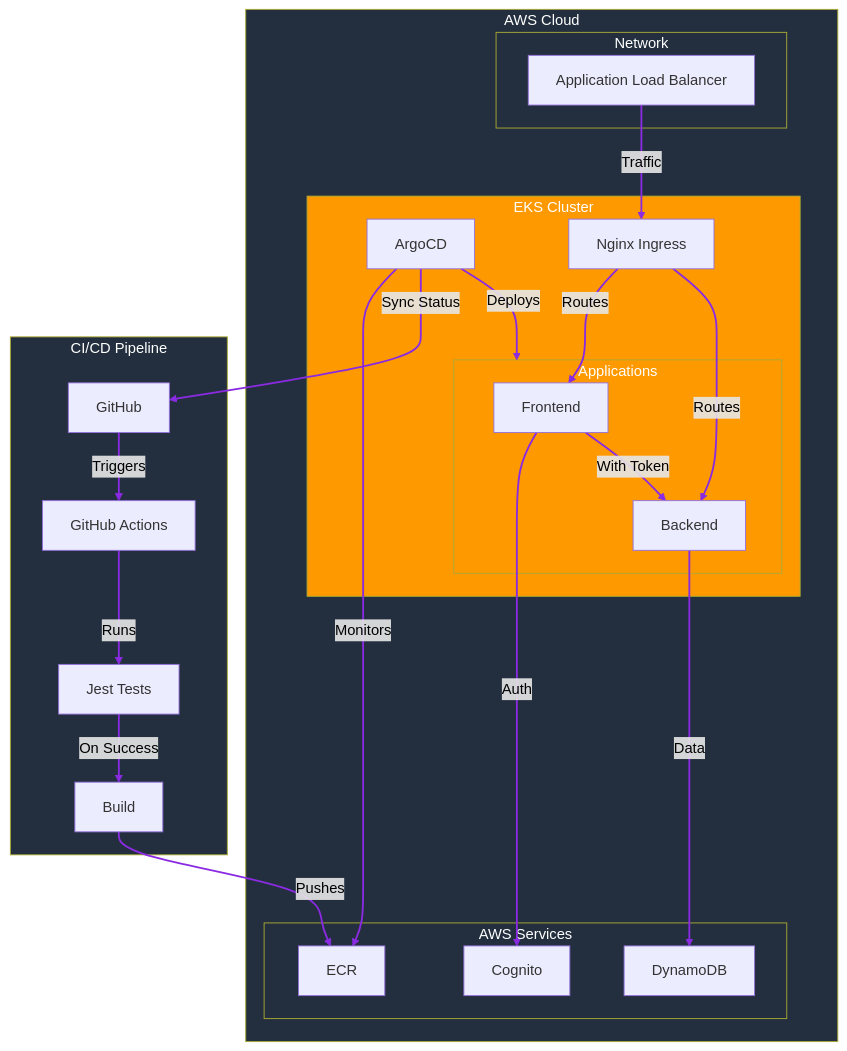
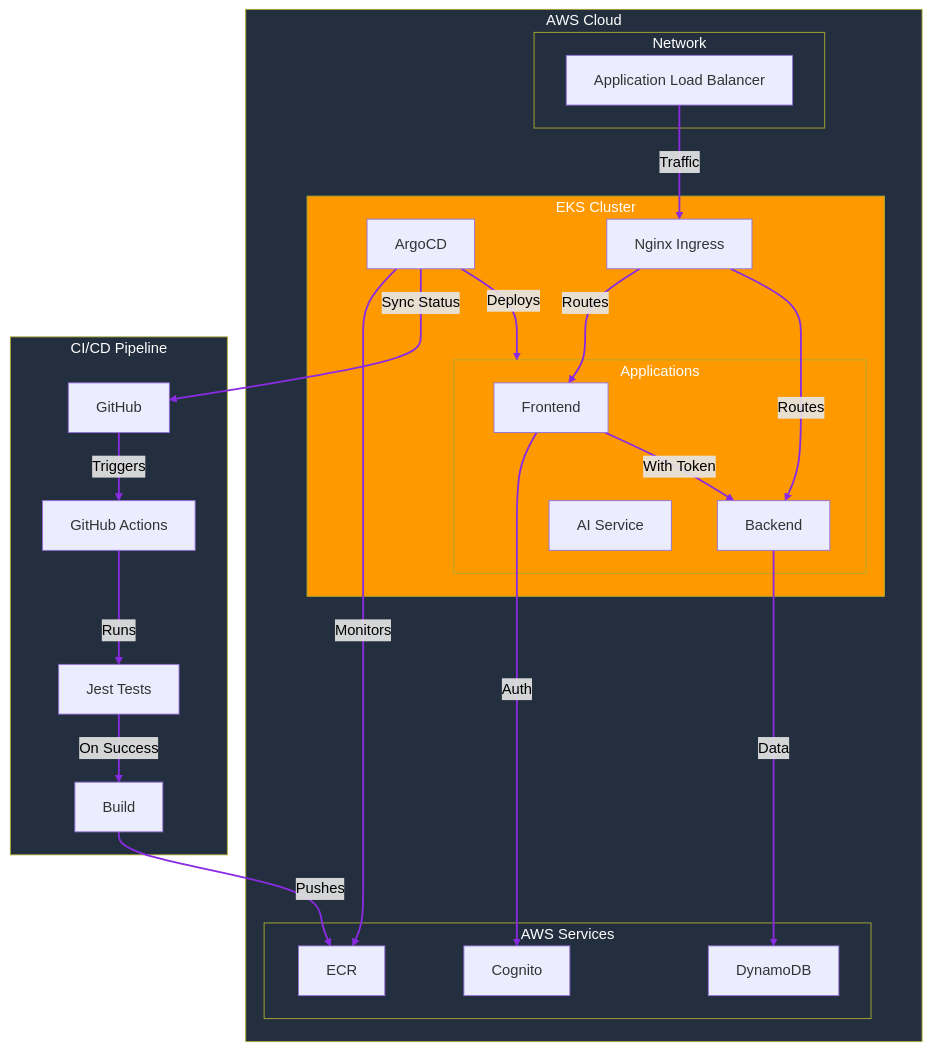
The diagram in README.md (tsuki-yo/todo-table), drawn with Mermaid before and after one commit. The commit also changed other lines of this file and 2 other files, not shown here.

````diff
--- a/README.md
+++ b/README.md
@@ -7,40 +7,41 @@
 ```mermaid
 graph TD
     subgraph AWS["AWS Cloud"]
         subgraph Network["Network"]; ALB["Application Load Balancer"]; end
         subgraph EKS["EKS Cluster"]
             ArgoCD["ArgoCD"]
             Ingress["Nginx Ingress"]
             subgraph Apps["Applications"]
                 Frontend["Frontend"]
                 Backend["Backend"]
+                AI["AI Service"]
             end
         end
         subgraph Services["AWS Services"]; ECR["ECR"]; DynamoDB["DynamoDB"]; Cognito["Cognito"]; end
     end
 
     subgraph CI["CI/CD Pipeline"]
         GitHub["GitHub"] -->|Triggers| Actions["GitHub Actions"]
         Actions -->|Runs| Tests["Jest Tests"]
         Tests -->|On Success| Build["Build"]
         Build -->|Pushes| ECR
     end
 
     ArgoCD -->|Monitors| ECR
     ArgoCD -->|Deploys| Apps
     ArgoCD -->|Sync Status| GitHub
 
     Backend -->|Data| DynamoDB
     Frontend -->|Auth| Cognito
     Frontend -->|With Token| Backend
     ALB -->|Traffic| Ingress
     Ingress -->|Routes| Frontend & Backend
 
     style AWS fill:#232F3E,color:white
     style Network fill:#232F3E,color:white
     style EKS fill:#FF9900,color:white
     style Apps fill:#FF9900,color:white
     style Services fill:#232F3E,color:white
     style CI fill:#232F3E,color:white
     linkStyle default stroke:#8A2BE2,stroke-width:2px,color:black
 ```
````
